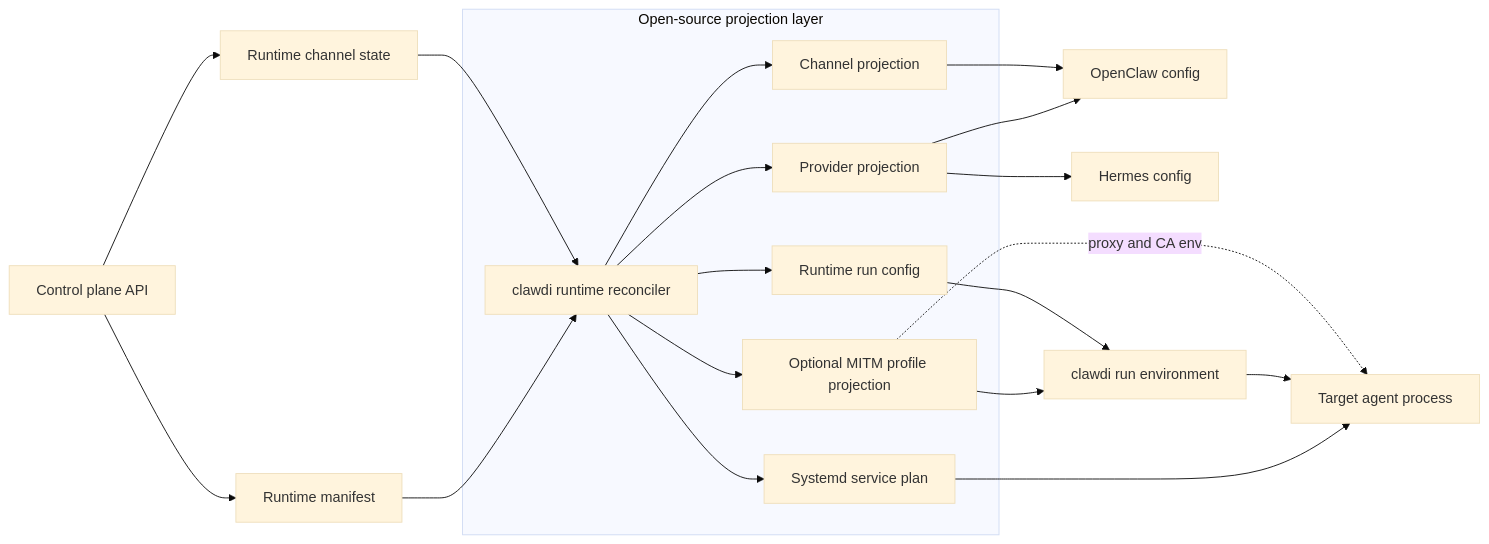
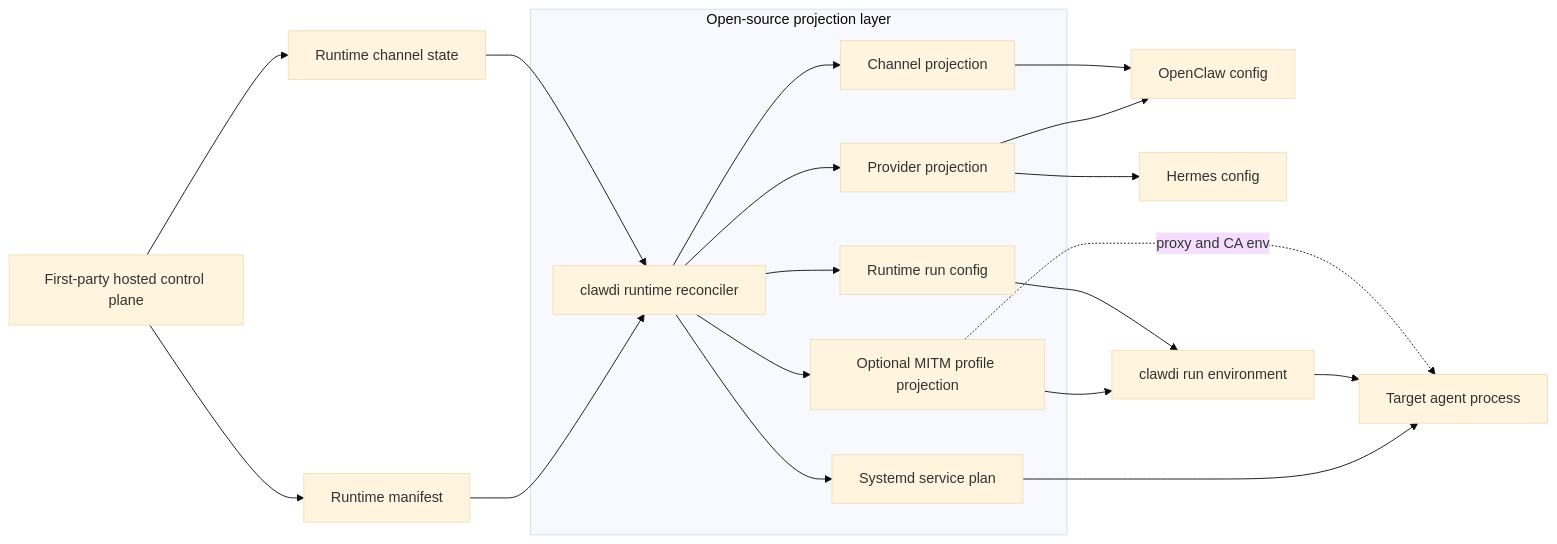
Before and after one commit to Clawdi-AI/clawdi: the diagram in docs/plans/runtime-projection-boundary.md, drawn with Mermaid (base theme). The commit also changed other lines of this file and 26 other files, not shown here.

````diff
--- a/docs/plans/runtime-projection-boundary.md
+++ b/docs/plans/runtime-projection-boundary.md
@@ -37,24 +37,24 @@
 ```mermaid
 flowchart LR
-    ControlPlane[Control plane API] --> Manifest[Runtime manifest]
+    ControlPlane[First-party hosted control plane] --> Manifest[Runtime manifest]
     ControlPlane --> Channels[Runtime channel state]
     Manifest --> CLI[clawdi runtime reconciler]
     Channels --> CLI
 
     subgraph Projection["Open-source projection layer"]
         CLI --> Provider[Provider projection]
         CLI --> Channel[Channel projection]
         CLI --> Sidecar[Optional MITM profile projection]
         CLI --> RunConfig[Runtime run config]
         CLI --> SystemdPlan[Systemd service plan]
     end
 
     Provider --> OpenClaw[OpenClaw config]
     Provider --> Hermes[Hermes config]
     Channel --> OpenClaw
     Sidecar --> Runner[clawdi run environment]
     RunConfig --> Runner
     SystemdPlan --> Target
     Runner --> Target[Target agent process]
     Sidecar -. proxy and CA env .-> Target
 ```
````
